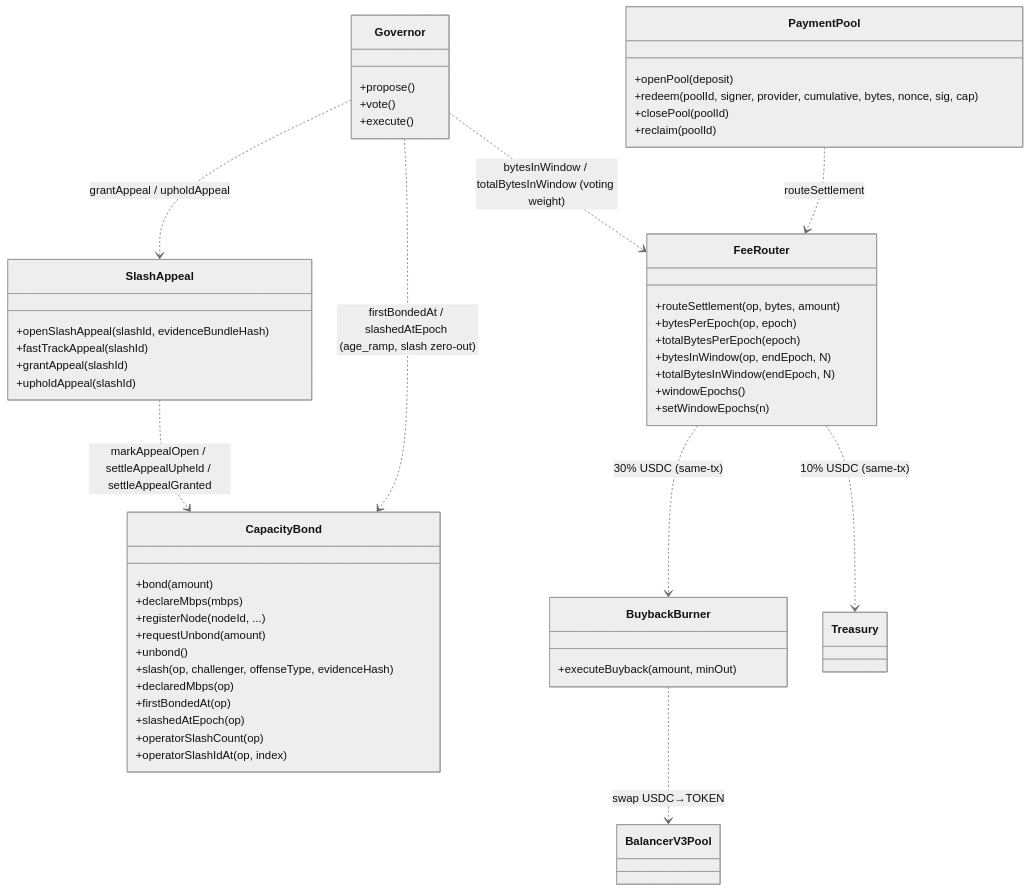
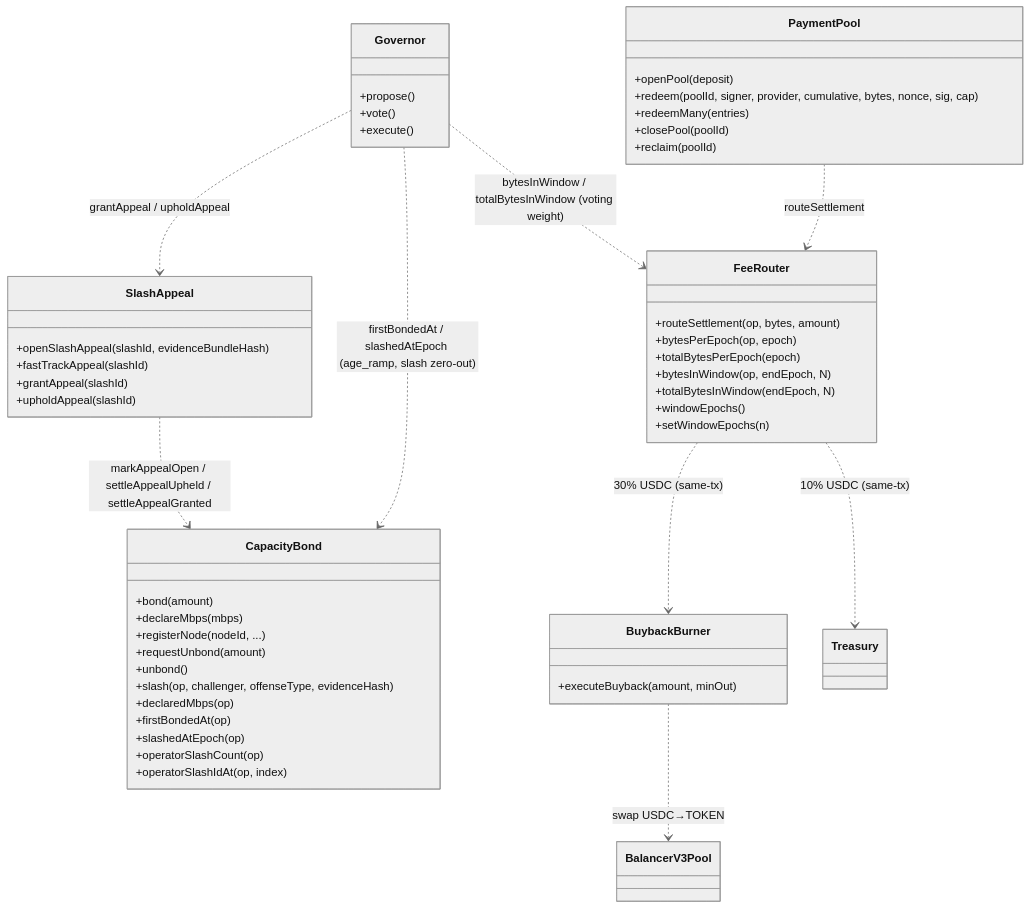
The first of 5 diagrams in adr/016-contract-interactions.md (decdn/decdn), drawn with Mermaid (neutral theme) before and after one commit. The commit also changed other lines of this file and 3 other files, not shown here.

First line of the commit message:
docs(adr): retry-safe partial redemption + redeemMany

````diff
--- a/adr/016-contract-interactions.md
+++ b/adr/016-contract-interactions.md
@@ -41,56 +41,57 @@
 ```mermaid
 classDiagram
     class PaymentPool {
         +openPool(deposit)
         +redeem(poolId, signer, provider, cumulative, bytes, nonce, sig, cap)
+        +redeemMany(entries)
         +closePool(poolId)
         +reclaim(poolId)
     }
     class FeeRouter {
         +routeSettlement(op, bytes, amount)
         +bytesPerEpoch(op, epoch)
         +totalBytesPerEpoch(epoch)
         +bytesInWindow(op, endEpoch, N)
         +totalBytesInWindow(endEpoch, N)
         +windowEpochs()
         +setWindowEpochs(n)
     }
     class CapacityBond {
         +bond(amount)
         +declareMbps(mbps)
         +registerNode(nodeId, ...)
         +requestUnbond(amount)
         +unbond()
         +slash(op, challenger, offenseType, evidenceHash)
         +declaredMbps(op)
         +firstBondedAt(op)
         +slashedAtEpoch(op)
         +operatorSlashCount(op)
         +operatorSlashIdAt(op, index)
     }
     class BuybackBurner {
         +executeBuyback(amount, minOut)
     }
     class SlashAppeal {
         +openSlashAppeal(slashId, evidenceBundleHash)
         +fastTrackAppeal(slashId)
         +grantAppeal(slashId)
         +upholdAppeal(slashId)
     }
     class Governor {
         +propose()
         +vote()
         +execute()
     }
     class Treasury
     class BalancerV3Pool
 
     PaymentPool ..> FeeRouter : routeSettlement
     FeeRouter ..> BuybackBurner : 30% USDC (same-tx)
     FeeRouter ..> Treasury : 10% USDC (same-tx)
     BuybackBurner ..> BalancerV3Pool : swap USDC→TOKEN
     Governor ..> FeeRouter : bytesInWindow / totalBytesInWindow (voting weight)
     Governor ..> CapacityBond : firstBondedAt / slashedAtEpoch (age_ramp, slash zero-out)
     SlashAppeal ..> CapacityBond : markAppealOpen / settleAppealUpheld / settleAppealGranted
     Governor ..> SlashAppeal : grantAppeal / upholdAppeal
 ```
````
